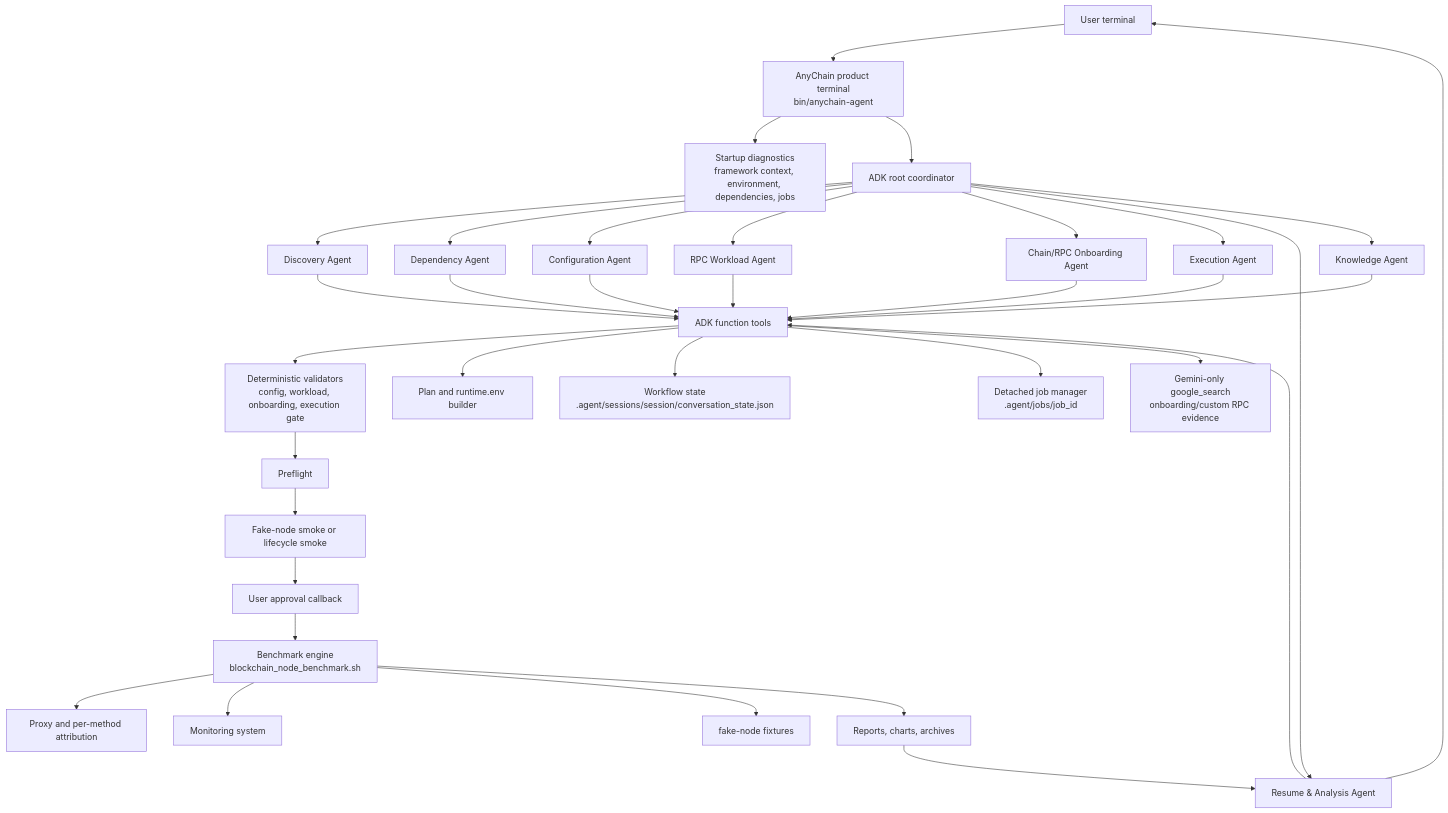
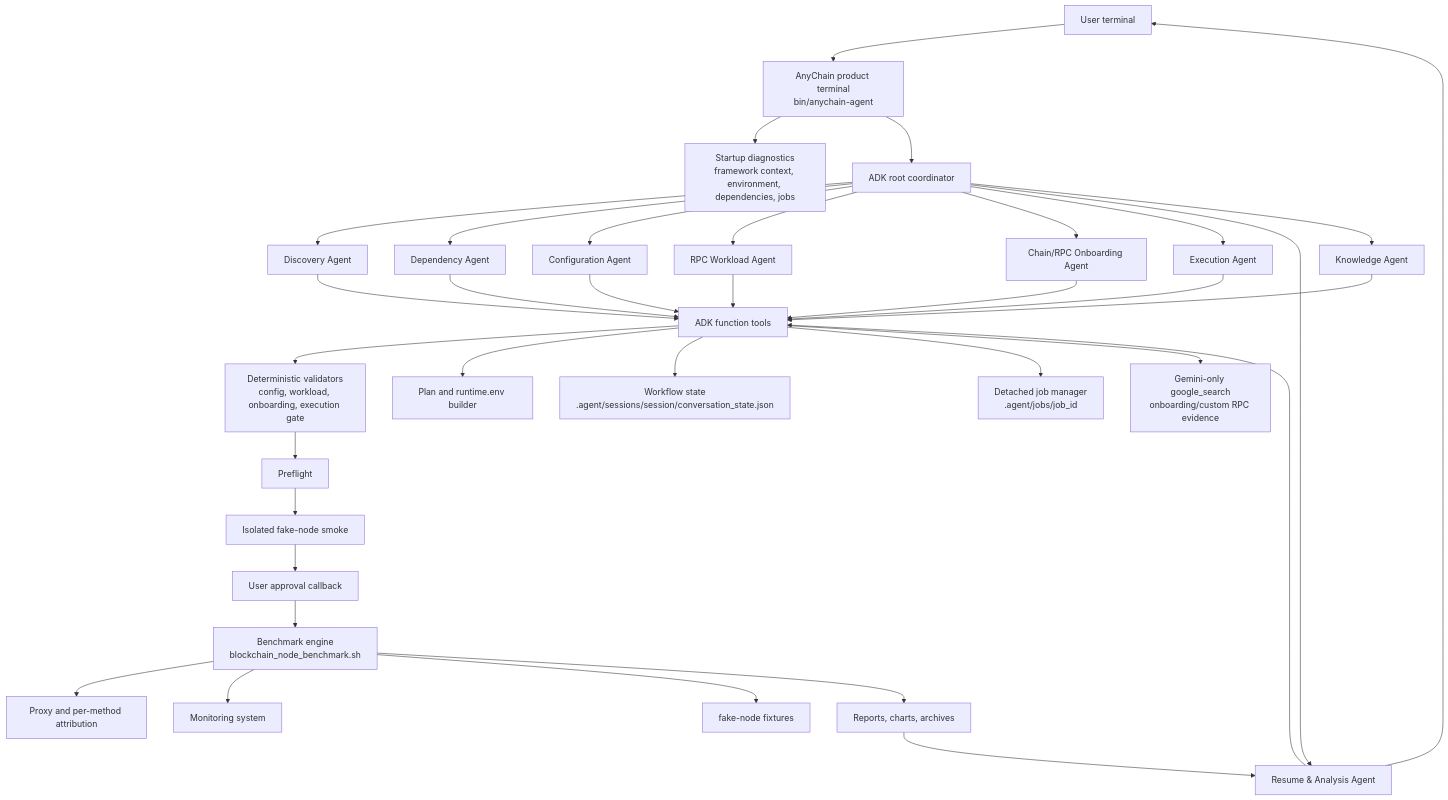
The first of 3 diagrams in docs/en/adk-agent-architecture.md (StayHungryStayFoolish/AnyChainBenchmarkAgent), drawn with Mermaid before and after one commit. The commit also changed other lines of this file and 80 other files, not shown here.

````diff
--- a/docs/en/adk-agent-architecture.md
+++ b/docs/en/adk-agent-architecture.md
@@ -10,41 +10,41 @@
 ```mermaid
 flowchart TD
   U["User terminal"] --> T["AnyChain product terminal<br/>bin/anychain-agent"]
   T --> D["Startup diagnostics<br/>framework context, environment, dependencies, jobs"]
   T --> R["ADK root coordinator"]
 
   R --> DS["Discovery Agent"]
   R --> DEP["Dependency Agent"]
   R --> CFG["Configuration Agent"]
   R --> RPC["RPC Workload Agent"]
   R --> ONB["Chain/RPC Onboarding Agent"]
   R --> EXE["Execution Agent"]
   R --> ANA["Resume & Analysis Agent"]
   R --> KB["Knowledge Agent"]
 
   DS --> TOOLS["ADK function tools"]
   DEP --> TOOLS
   CFG --> TOOLS
   RPC --> TOOLS
   ONB --> TOOLS
   EXE --> TOOLS
   ANA --> TOOLS
   KB --> TOOLS
 
   TOOLS --> VAL["Deterministic validators<br/>config, workload, onboarding, execution gate"]
   TOOLS --> PLAN["Plan and runtime.env builder"]
   TOOLS --> STATE["Workflow state<br/>.agent/sessions/session/conversation_state.json"]
   TOOLS --> JOB["Detached job manager<br/>.agent/jobs/job_id"]
   TOOLS --> SEARCH["Gemini-only google_search<br/>onboarding/custom RPC evidence"]
 
   VAL --> PRE["Preflight"]
-  PRE --> SMOKE["Fake-node smoke or lifecycle smoke"]
+  PRE --> SMOKE["Isolated fake-node smoke"]
   SMOKE --> APPROVE["User approval callback"]
   APPROVE --> BENCH["Benchmark engine<br/>blockchain_node_benchmark.sh"]
   BENCH --> PROXY["Proxy and per-method attribution"]
   BENCH --> MON["Monitoring system"]
   BENCH --> FN["fake-node fixtures"]
   BENCH --> ART["Reports, charts, archives"]
   ART --> ANA
   ANA --> U
 ```
````
